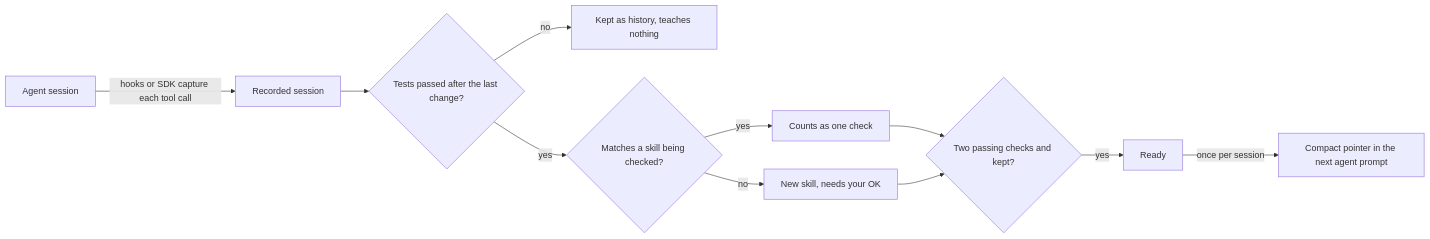
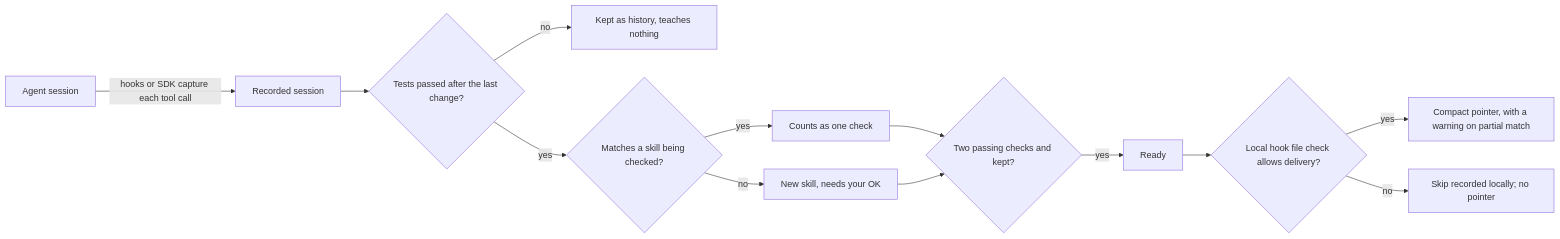
One commit to TheWariend/MuscleMemory changed the first of 2 diagrams in docs/how-it-works.md. Above: the diagram before and after it, drawn with Mermaid. The commit also changed other lines of this file and 6 other files, not shown here.

````diff
--- a/docs/how-it-works.md
+++ b/docs/how-it-works.md
@@ -10,13 +10,15 @@
 ```mermaid
 flowchart LR
     A["Agent session"] -->|"hooks or SDK capture each tool call"| B["Recorded session"]
     B --> C{"Tests passed after the last change?"}
     C -- no --> D["Kept as history, teaches nothing"]
     C -- yes --> E{"Matches a skill being checked?"}
     E -- yes --> F["Counts as one check"]
     E -- no --> G["New skill, needs your OK"]
     F --> H{"Two passing checks and kept?"}
     G --> H
     H -- yes --> I["Ready"]
-    I -->|"once per session"| J["Compact pointer in the next agent prompt"]
+    I --> K{"Local hook file check allows delivery?"}
+    K -- yes --> J["Compact pointer, with a warning on partial match"]
+    K -- no --> L["Skip recorded locally; no pointer"]
 ```
````
